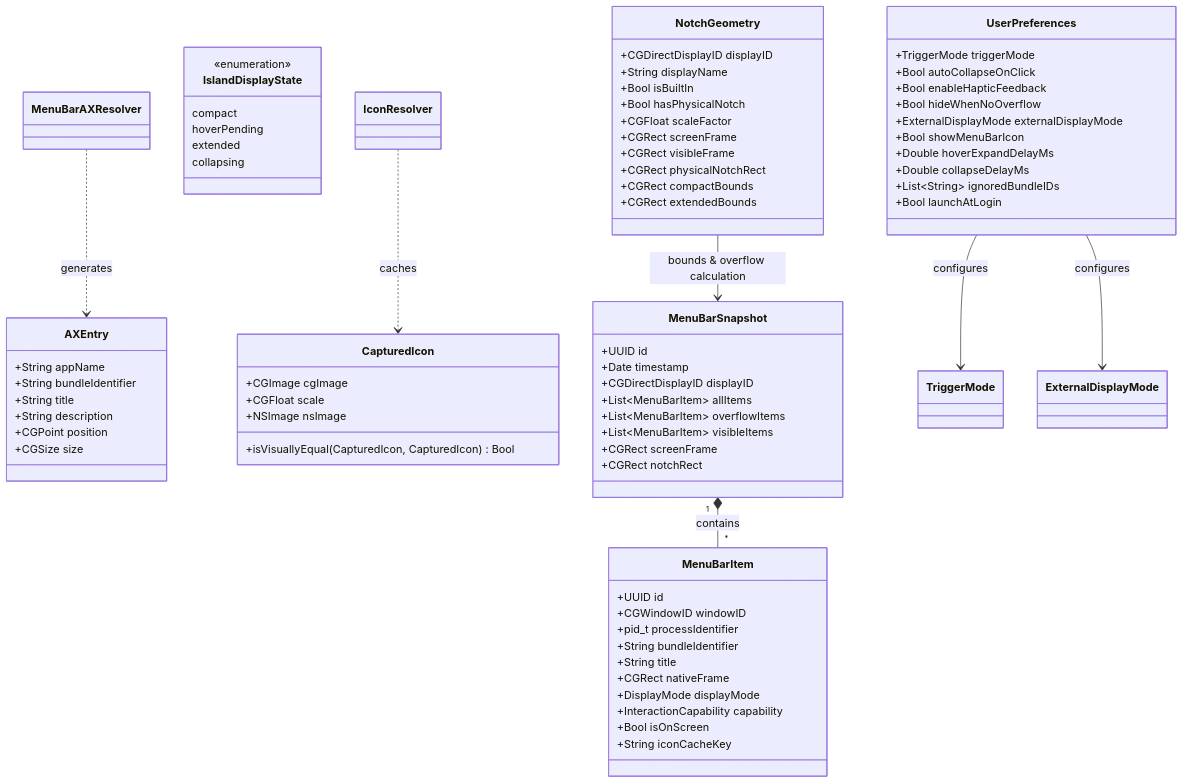
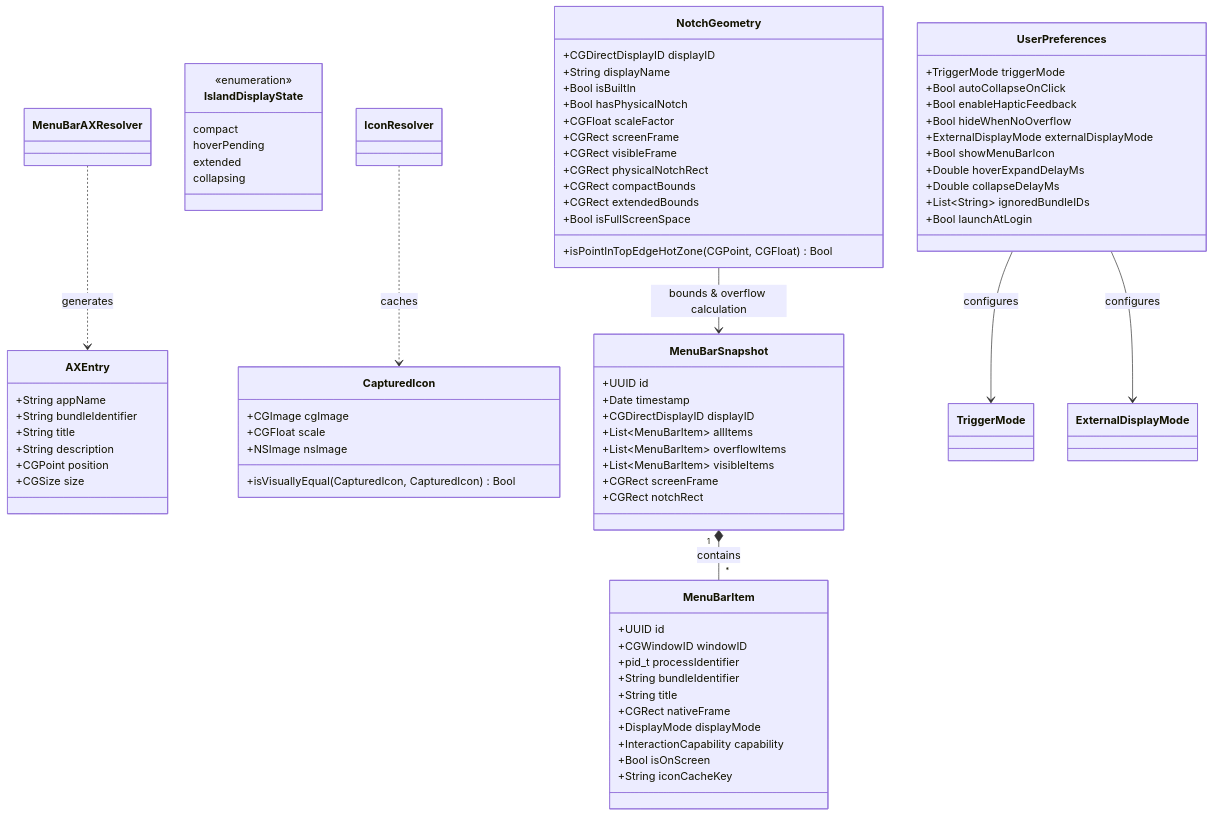
The first of 2 diagrams in docs/DOMAIN_MODEL.md (AeroSheepZ/NotchRail), drawn with Mermaid before and after one commit. The commit also changed other lines of this file and 10 other files, not shown here.

```diff
--- a/docs/DOMAIN_MODEL.md
+++ b/docs/DOMAIN_MODEL.md
@@ -59,6 +59,8 @@
         +CGRect physicalNotchRect
         +CGRect compactBounds
         +CGRect extendedBounds
+        +Bool isFullScreenSpace
+        +isPointInTopEdgeHotZone(CGPoint, CGFloat) Bool
     }
 
     class IslandDisplayState {
```
